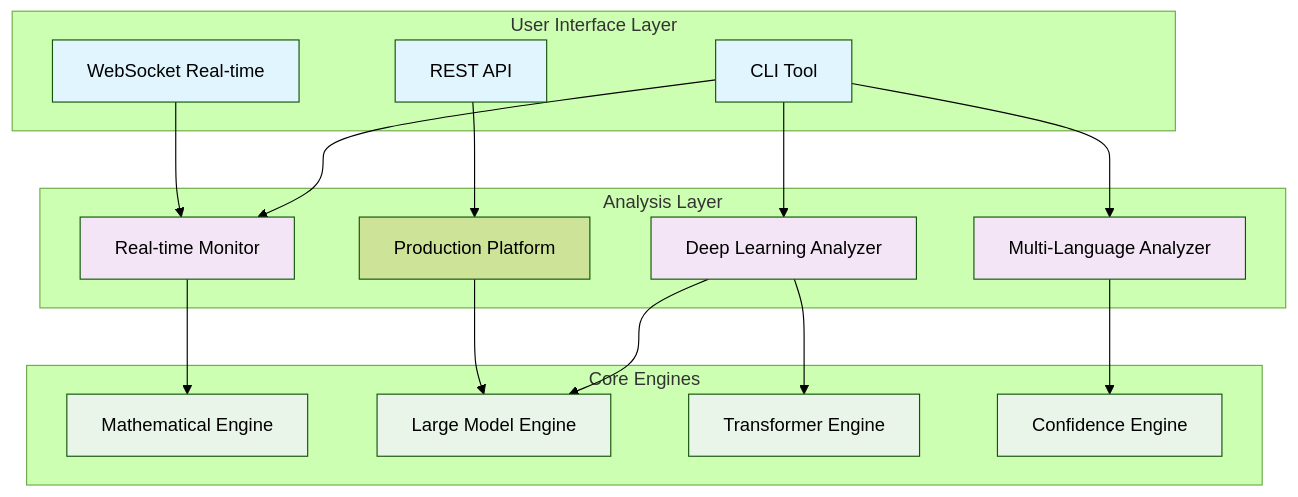
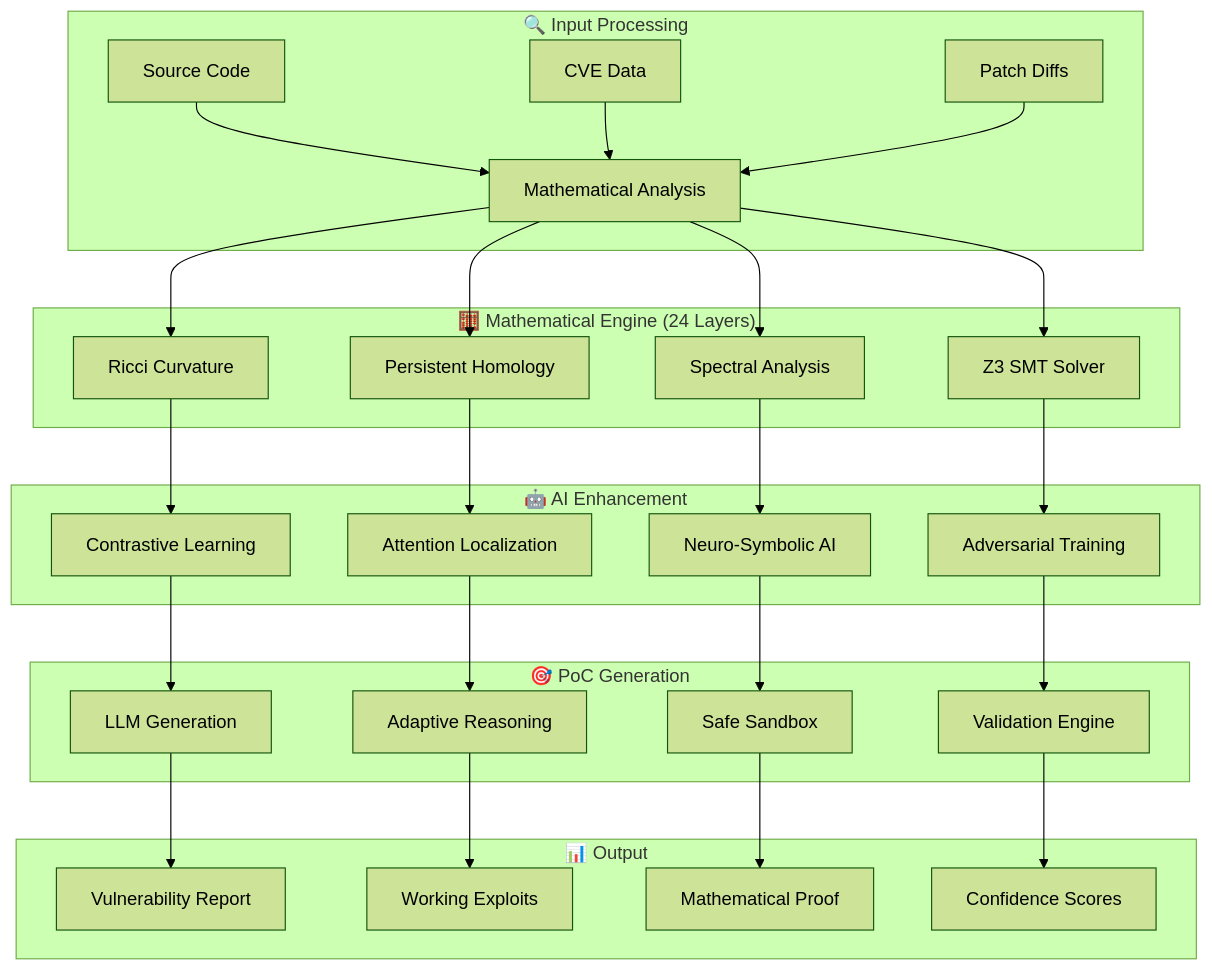
The first of 2 diagrams in README.md (Rudra2018/VulnHunter), drawn with Mermaid (forest theme) before and after one commit. The commit also changed other lines of this file and 11 other files, not shown here.

First line of the commit message:
🚀 VulnHunter Ω: Complete AI Enhancement & PoC Generation Framework

````diff
--- a/README.md
+++ b/README.md
@@ -56,45 +52,36 @@
 ```mermaid
 graph TB
-    subgraph "User Interface Layer"
-        CLI[CLI Tool]
-        API[REST API]
-        WS[WebSocket Real-time]
+    subgraph "🔍 Input Processing"
+        A[Source Code] --> B[Mathematical Analysis]
+        C[CVE Data] --> B
+        D[Patch Diffs] --> B
     end
 
-    subgraph "Analysis Layer"
-        RT[Real-time Monitor]
-        DL[Deep Learning Analyzer]
-        ML[Multi-Language Analyzer]
-        PROD[Production Platform]
+    subgraph "🧮 Mathematical Engine (24 Layers)"
+        B --> E[Ricci Curvature]
+        B --> F[Persistent Homology]
+        B --> G[Spectral Analysis]
+        B --> H[Z3 SMT Solver]
     end
 
-    subgraph "Core Engines"
-        MATH[Mathematical Engine]
-        LM[Large Model Engine]
-        TRANS[Transformer Engine]
-        CONF[Confidence Engine]
+    subgraph "🤖 AI Enhancement"
+        E --> I[Contrastive Learning]
+        F --> J[Attention Localization]
+        G --> K[Neuro-Symbolic AI]
+        H --> L[Adversarial Training]
     end
 
-    CLI --> RT
-    CLI --> DL
-    CLI --> ML
-    API --> PROD
-    WS --> RT
+    subgraph "🎯 PoC Generation"
+        I --> M[LLM Generation]
+        J --> N[Adaptive Reasoning]
+        K --> O[Safe Sandbox]
+        L --> P[Validation Engine]
+    end
 
-    RT --> MATH
-    DL --> LM
-    DL --> TRANS
-    ML --> CONF
-    PROD --> LM
-
-    style CLI fill:#e1f5fe
-    style API fill:#e1f5fe
-    style WS fill:#e1f5fe
-    style RT fill:#f3e5f5
-    style DL fill:#f3e5f5
-    style ML fill:#f3e5f5
-    style MATH fill:#e8f5e8
-    style LM fill:#e8f5e8
-    style TRANS fill:#e8f5e8
-    style CONF fill:#e8f5e8
+    subgraph "📊 Output"
+        M --> Q[Vulnerability Report]
+        N --> R[Working Exploits]
+        O --> S[Mathematical Proof]
+        P --> T[Confidence Scores]
+    end
 ```
````
